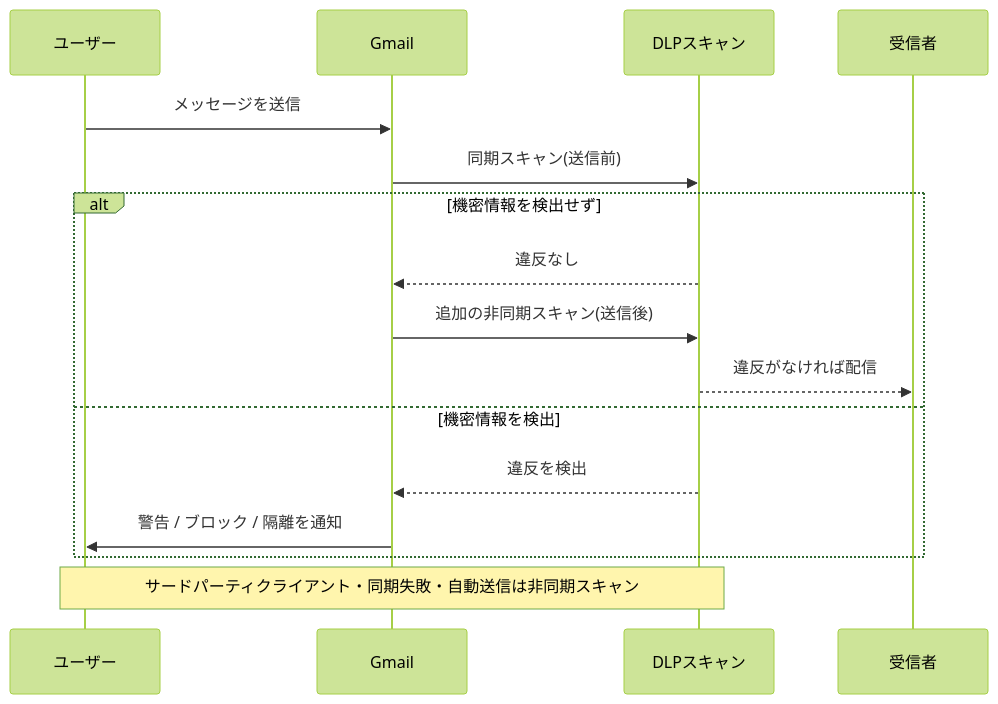
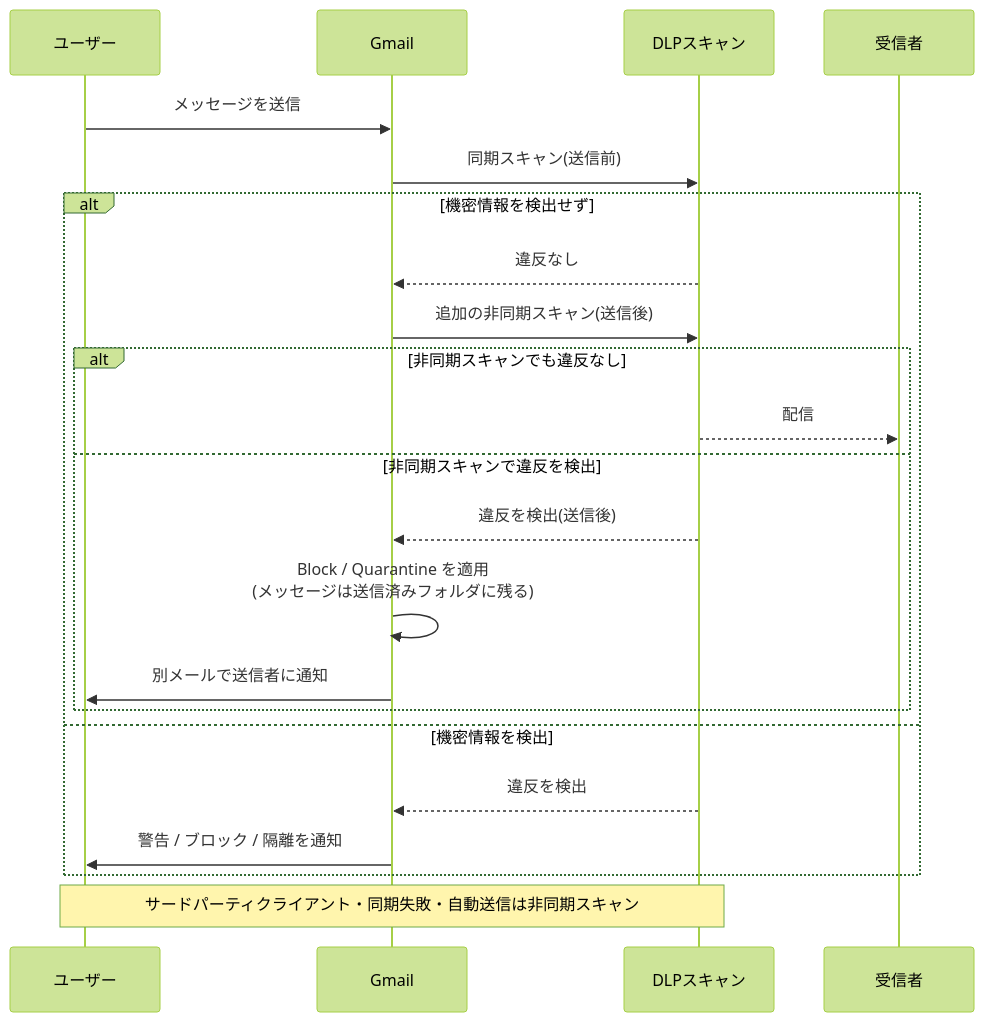
The sixth of 10 diagrams in archive/Gcl/Associate-Google-Workspace-Administrator/md/Agwa-section3-data-governance.md (myoshi2891/Cloud-Infrastructure-Studies), drawn with Mermaid (forest theme) before and after one commit. The commit also changed other lines of this file and 1 other file, not shown here.

Commit message:
docs(study-content): update PCA section 2 and AGWA section 3 study guide diagrams and explanations

````diff
--- a/archive/Gcl/Associate-Google-Workspace-Administrator/md/Agwa-section3-data-governance.md
+++ b/archive/Gcl/Associate-Google-Workspace-Administrator/md/Agwa-section3-data-governance.md
@@ -326,18 +326,24 @@
 ```mermaid
 sequenceDiagram
     participant U as ユーザー
     participant G as Gmail
     participant D as DLPスキャン
     participant R as 受信者
     U->>G: メッセージを送信
     G->>D: 同期スキャン(送信前)
     alt 機密情報を検出せず
         D-->>G: 違反なし
         G->>D: 追加の非同期スキャン(送信後)
-        D-->>R: 違反がなければ配信
+        alt 非同期スキャンでも違反なし
+            D-->>R: 配信
+        else 非同期スキャンで違反を検出
+            D-->>G: 違反を検出(送信後)
+            G->>G: Block / Quarantine を適用<br/>(メッセージは送信済みフォルダに残る)
+            G->>U: 別メールで送信者に通知
+        end
     else 機密情報を検出
         D-->>G: 違反を検出
         G->>U: 警告 / ブロック / 隔離を通知
     end
     Note over U,D: サードパーティクライアント・同期失敗・自動送信は非同期スキャン
 ```
````
